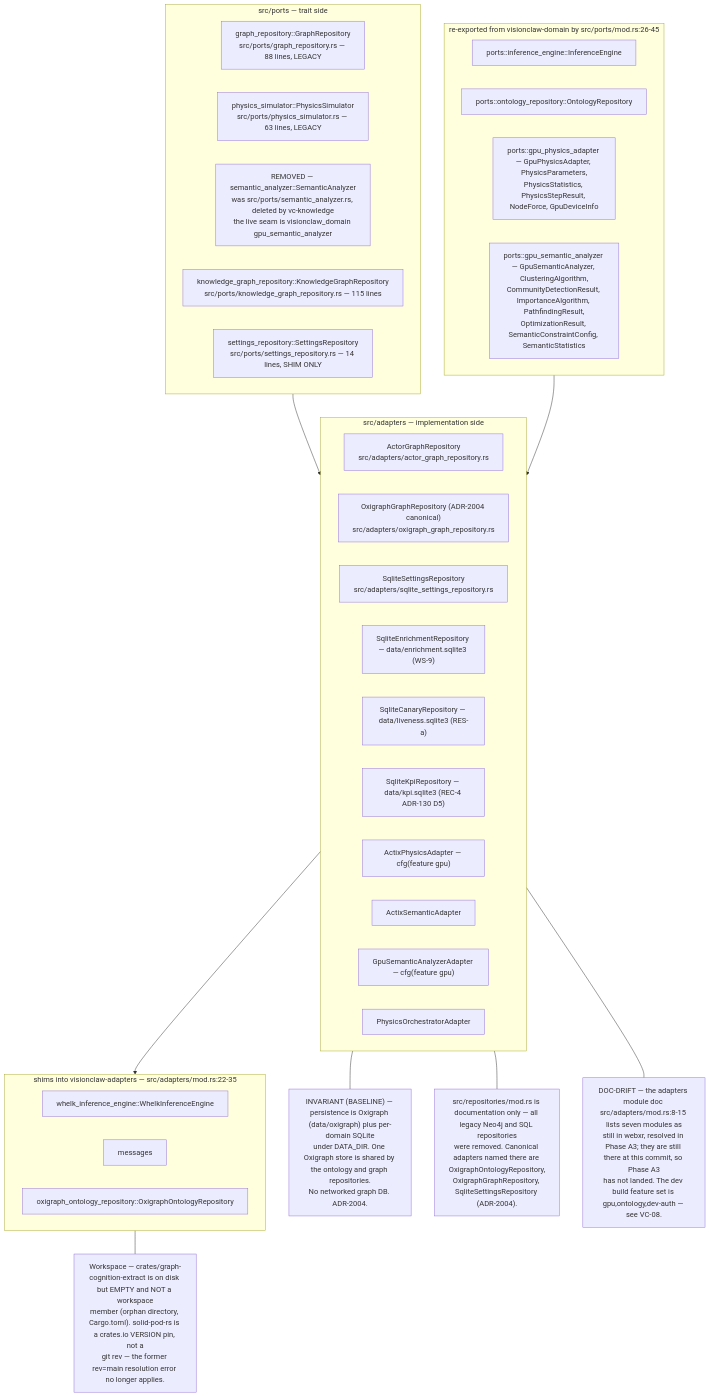
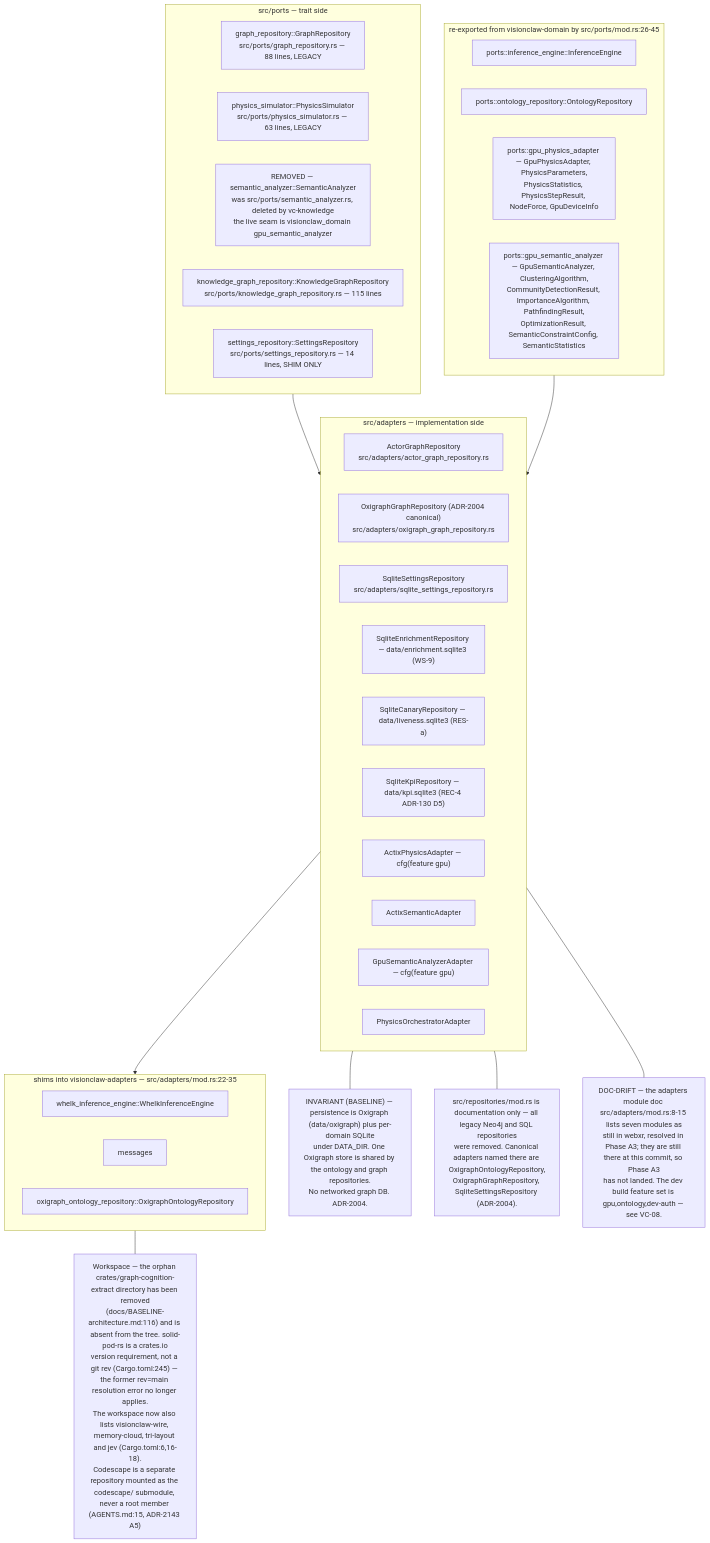
Before and after one commit to DreamLab-AI/VisionFlow: the first of 9 diagrams in docs/diagrams/visionclaw/07-hexagonal-ports-and-crates.md, drawn with Mermaid. The commit also changed other lines of this file and 160 other files, not shown here.

````diff
--- a/docs/diagrams/visionclaw/07-hexagonal-ports-and-crates.md
+++ b/docs/diagrams/visionclaw/07-hexagonal-ports-and-crates.md
@@ -66,44 +67,44 @@
 ```mermaid
 flowchart TB
     subgraph PORTS["src/ports — trait side"]
         P1["graph_repository::GraphRepository<br/>src/ports/graph_repository.rs — 88 lines, LEGACY"]
         P2["physics_simulator::PhysicsSimulator<br/>src/ports/physics_simulator.rs — 63 lines, LEGACY"]
         P3["REMOVED — semantic_analyzer::SemanticAnalyzer<br/>was src/ports/semantic_analyzer.rs, deleted by vc-knowledge<br/>the live seam is visionclaw_domain gpu_semantic_analyzer"]
         P4["knowledge_graph_repository::KnowledgeGraphRepository<br/>src/ports/knowledge_graph_repository.rs — 115 lines"]
         P5["settings_repository::SettingsRepository<br/>src/ports/settings_repository.rs — 14 lines, SHIM ONLY"]
     end
     subgraph SHIM["re-exported from visionclaw-domain by src/ports/mod.rs:26-45"]
         S1["ports::inference_engine::InferenceEngine"]
         S2["ports::ontology_repository::OntologyRepository"]
         S3["ports::gpu_physics_adapter — GpuPhysicsAdapter, PhysicsParameters,<br/>PhysicsStatistics, PhysicsStepResult, NodeForce, GpuDeviceInfo"]
         S4["ports::gpu_semantic_analyzer — GpuSemanticAnalyzer, ClusteringAlgorithm,<br/>CommunityDetectionResult, ImportanceAlgorithm, PathfindingResult,<br/>OptimizationResult, SemanticConstraintConfig, SemanticStatistics"]
     end
     subgraph ADAPT["src/adapters — implementation side"]
         A1["ActorGraphRepository<br/>src/adapters/actor_graph_repository.rs"]
         A2["OxigraphGraphRepository (ADR-2004 canonical)<br/>src/adapters/oxigraph_graph_repository.rs"]
         A3["SqliteSettingsRepository<br/>src/adapters/sqlite_settings_repository.rs"]
         A4["SqliteEnrichmentRepository — data/enrichment.sqlite3 (WS-9)"]
         A5["SqliteCanaryRepository — data/liveness.sqlite3 (RES-a)"]
         A6["SqliteKpiRepository — data/kpi.sqlite3 (REC-4 ADR-130 D5)"]
         A7["ActixPhysicsAdapter — cfg(feature gpu)"]
         A8["ActixSemanticAdapter"]
         A9["GpuSemanticAnalyzerAdapter — cfg(feature gpu)"]
         A10["PhysicsOrchestratorAdapter"]
     end
     subgraph XCRATE["shims into visionclaw-adapters — src/adapters/mod.rs:22-35"]
         X1["whelk_inference_engine::WhelkInferenceEngine"]
         X2["messages"]
         X3["oxigraph_ontology_repository::OxigraphOntologyRepository"]
     end
     PORTS --> ADAPT
     SHIM --> ADAPT
     ADAPT --> XCRATE
     N1["INVARIANT (BASELINE) — persistence is Oxigraph (data/oxigraph) plus per-domain SQLite<br/>under DATA_DIR. One Oxigraph store is shared by the ontology and graph repositories.<br/>No networked graph DB. ADR-2004."]
     ADAPT --- N1
     N2["src/repositories/mod.rs is documentation only — all legacy Neo4j and SQL repositories<br/>were removed. Canonical adapters named there are OxigraphOntologyRepository,<br/>OxigraphGraphRepository, SqliteSettingsRepository (ADR-2004)."]
     ADAPT --- N2
-    N3["Workspace — crates/graph-cognition-extract is on disk but EMPTY and NOT a workspace<br/>member (orphan directory, Cargo.toml). solid-pod-rs is a crates.io VERSION pin, not a<br/>git rev — the former rev=main resolution error no longer applies."]
+    N3["Workspace — the orphan crates/graph-cognition-extract directory has been removed<br/>(docs/BASELINE-architecture.md:116) and is absent from the tree. solid-pod-rs is a crates.io<br/>version requirement, not a git rev (Cargo.toml:245) — the former rev=main resolution error no longer applies.<br/>The workspace now also lists visionclaw-wire, memory-cloud, tri-layout and jev (Cargo.toml:6,16-18).<br/>Codescape is a separate repository mounted as the codescape/ submodule, never a root member (AGENTS.md:15, ADR-2143 A5)"]
     XCRATE --- N3
     N4["DOC-DRIFT — the adapters module doc src/adapters/mod.rs:8-15 lists seven modules as<br/>still in webxr, resolved in Phase A3; they are still there at this commit, so Phase A3<br/>has not landed. The dev build feature set is gpu,ontology,dev-auth — see VC-08."]
     ADAPT --- N4
 ```
````
